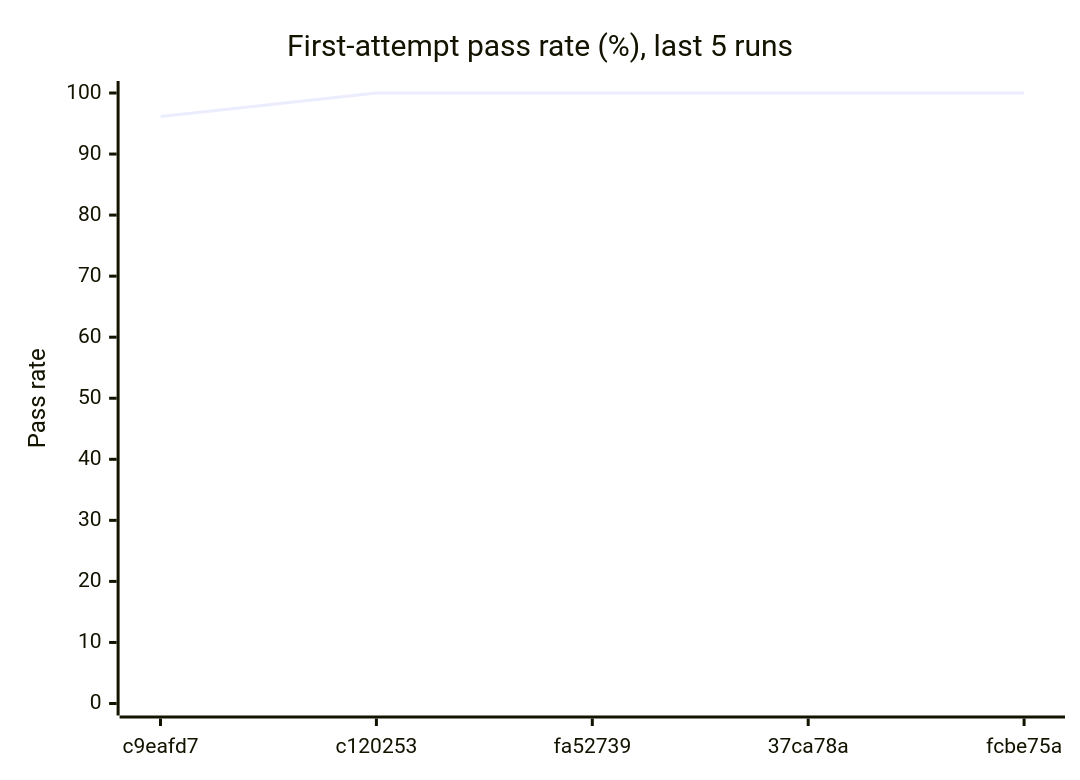
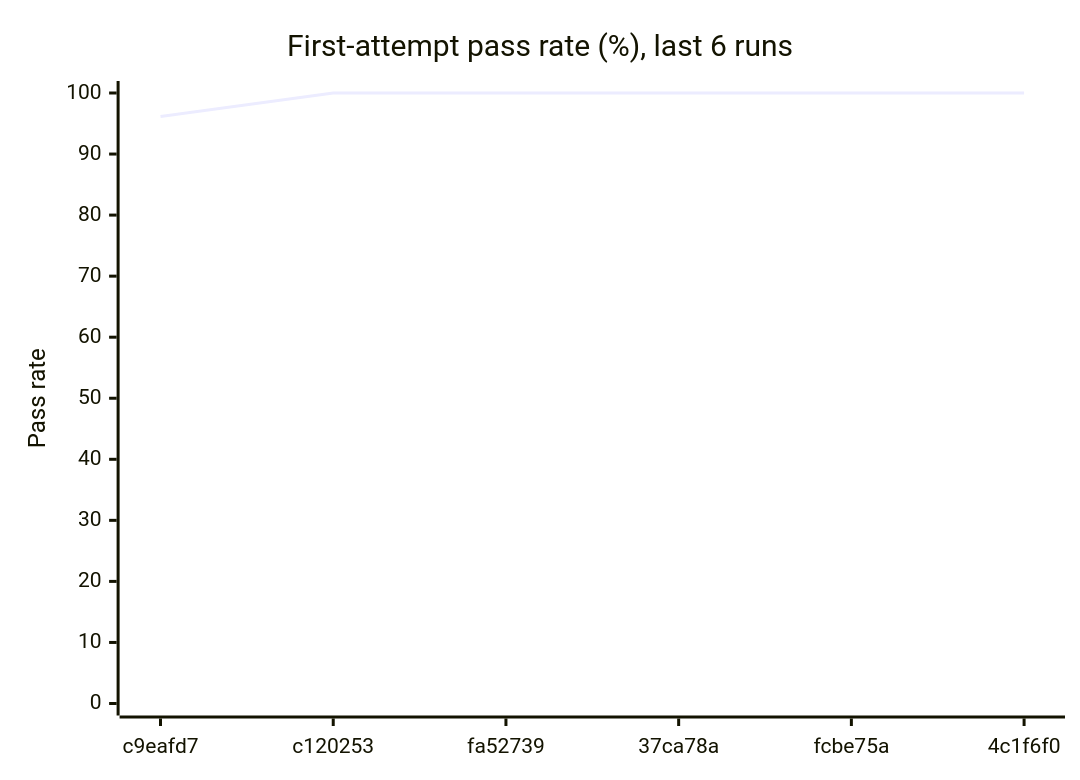
One commit to Shirojoufu/Flaky-Tests changed the first of 3 diagrams in reports/summary.md. Above: the diagram before and after it, drawn with Mermaid. The commit also changed other lines of this file and 5 other files, not shown here.

````diff
--- a/reports/summary.md
+++ b/reports/summary.md
@@ -17,7 +17,7 @@
 ```mermaid
 xychart-beta
-    title "First-attempt pass rate (%), last 5 runs"
-    x-axis ["c9eafd7", "c120253", "fa52739", "37ca78a", "fcbe75a"]
+    title "First-attempt pass rate (%), last 6 runs"
+    x-axis ["c9eafd7", "c120253", "fa52739", "37ca78a", "fcbe75a", "4c1f6f0"]
     y-axis "Pass rate" 0 --> 100
-    line [96.15, 100.0, 100.0, 100.0, 100.0]
+    line [96.15, 100.0, 100.0, 100.0, 100.0, 100.0]
 ```
````
